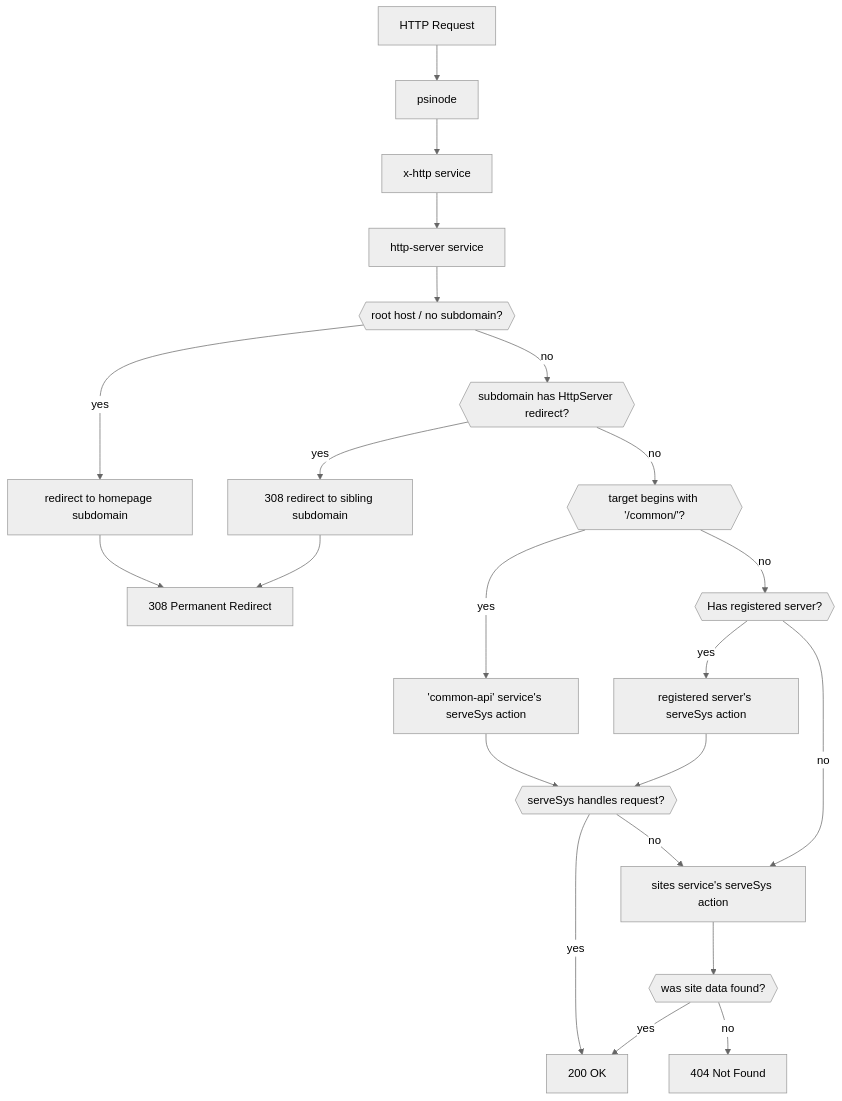
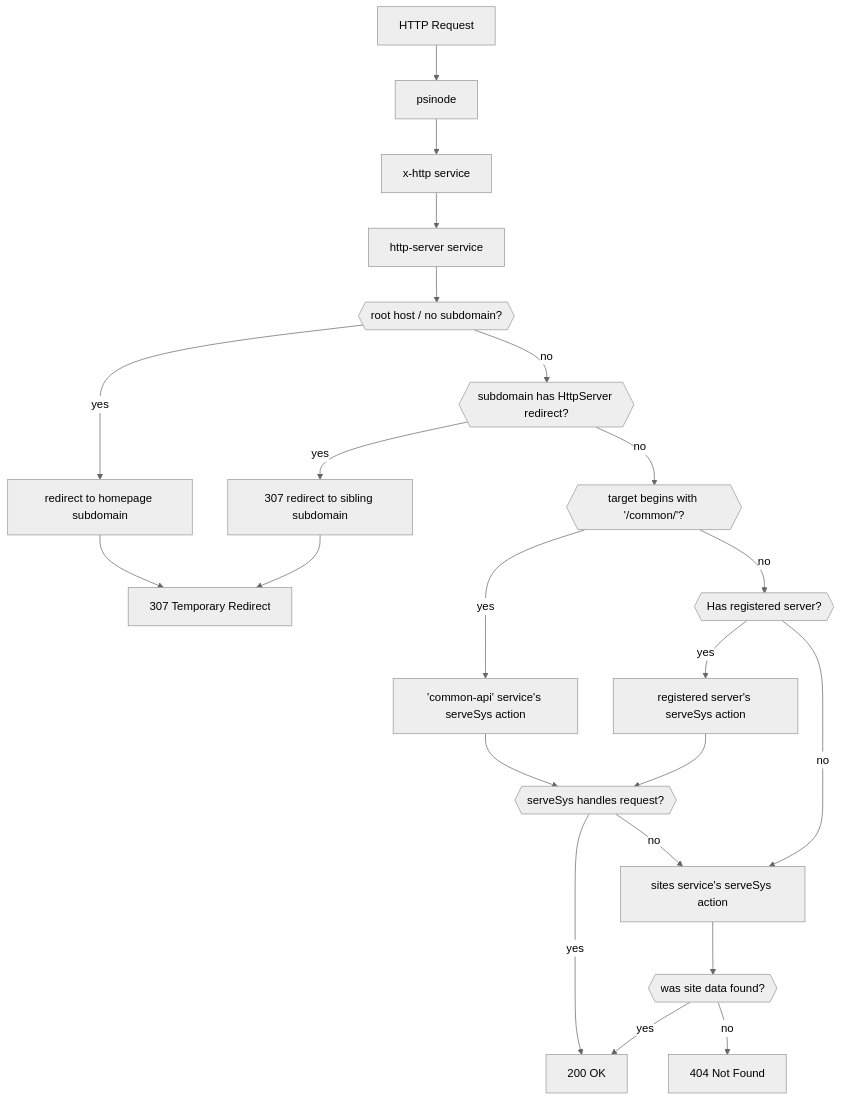
One commit to gofractally/psibase changed the diagram in doc/src/specifications/app-architecture/http-requests.md. Above: the diagram before and after it, drawn with Mermaid (neutral theme). The commit also changed other lines of this file and 3 other files, not shown here.

````diff
--- a/doc/src/specifications/app-architecture/http-requests.md
+++ b/doc/src/specifications/app-architecture/http-requests.md
@@ -3,28 +3,28 @@
 ```mermaid
 flowchart TD
    200[200 OK]
    404[404 Not Found]
-   308[308 Permanent Redirect]
+   307[307 Temporary Redirect]
 
    A[HTTP Request]
    B[psinode]
    X[x-http service]
    C[http-server service]
    sites[sites service's serveSys action]
    serveSys{{serveSys handles request?}}
 
    A --> B --> X --> C
    sites --> E{{was site data found?}} -->|yes| 200
    E -->|no| 404
    C --> R{{root host / no subdomain?}}
-   R -->|yes| homeRedir[redirect to homepage subdomain] --> 308
+   R -->|yes| homeRedir[redirect to homepage subdomain] --> 307
    R -->|no| SR{{subdomain has HttpServer redirect?}}
-   SR -->|yes| sibRedir[308 redirect to sibling subdomain] --> 308
+   SR -->|yes| sibRedir[307 redirect to sibling subdomain] --> 307
    SR -->|no| G{{target begins with '/common/'?}}
    G -->|yes| common['common-api' service's serveSys action] --> serveSys
    G -->|no| J{{Has registered server?}}
    J -->|yes| L[registered server's serveSys action] --> serveSys
    J -->|no| sites
    serveSys -->|yes| 200
    serveSys -->|no| sites
 ```
````
